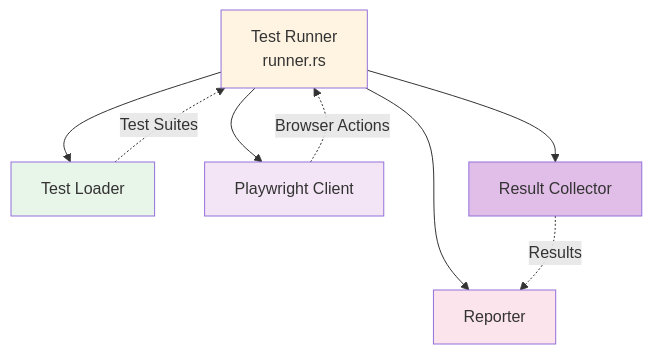
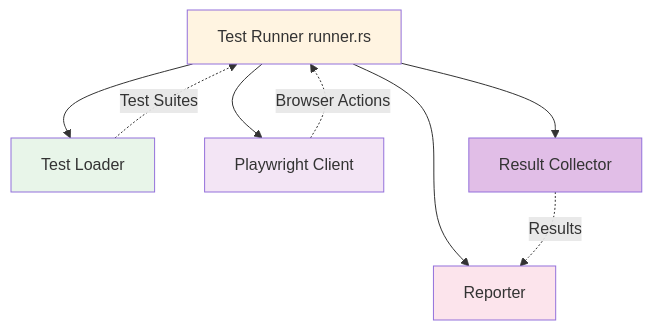
One commit to softwarewrighter/ui-test-rs changed the first of 15 diagrams in wiki/Test-Runner.md. Above: the diagram before and after it, drawn with Mermaid. The commit also changed other lines of this file and 10 other files, not shown here.

First line of the commit message:
Fix wiki Mermaid diagrams: remove <br/> tags

````diff
--- a/wiki/Test-Runner.md
+++ b/wiki/Test-Runner.md
@@ -7,23 +7,23 @@
 ```mermaid
 flowchart TB
-    Runner[Test Runner<br/>runner.rs]
+    Runner[Test Runner runner.rs]
     Loader[Test Loader]
     PW[Playwright Client]
     Reporter[Reporter]
     Collector[Result Collector]
 
     Runner --> Loader
     Runner --> PW
     Runner --> Reporter
     Runner --> Collector
 
     Loader -.->|Test Suites| Runner
     PW -.->|Browser Actions| Runner
     Collector -.->|Results| Reporter
 
     style Runner fill:#fff4e1
     style Loader fill:#e8f5e9
     style PW fill:#f3e5f5
     style Reporter fill:#fce4ec
     style Collector fill:#e1bee7
 ```
````
